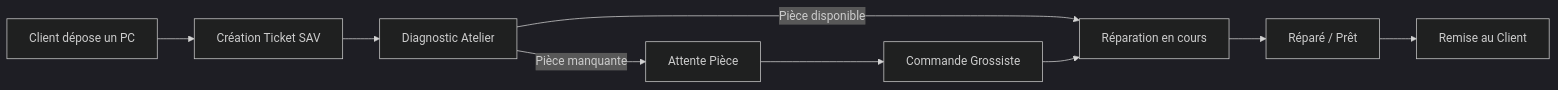
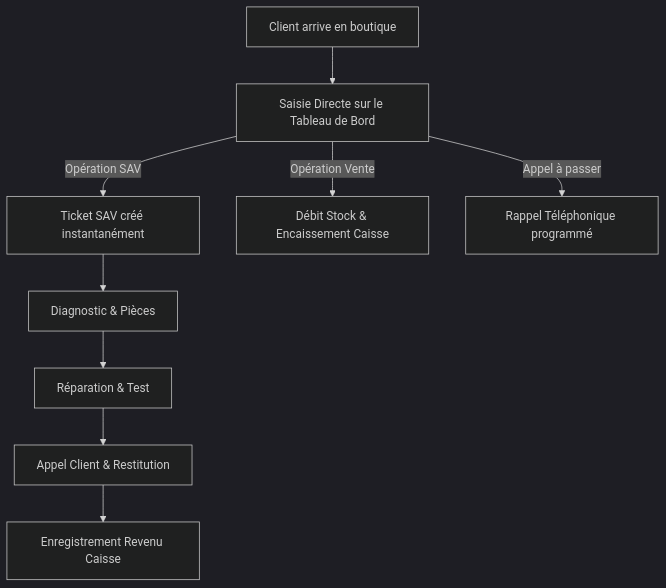
One commit to Benzarti-Ahmed-Yassine/stock-manager-pro changed the diagram in GUIDE_UTILISATION.md. Above: the diagram before and after it, drawn with Mermaid (dark theme). The commit also changed other lines of this file and 13 other files, not shown here.

Commit message:
feat: saisie directe dashboard, module finances, revendeurs, rappels d'appels, persistance fichier et multi-PC

````diff
--- a/GUIDE_UTILISATION.md
+++ b/GUIDE_UTILISATION.md
@@ -28,11 +35,11 @@
 ```mermaid
-flowchart LR
-    A["Client dépose un PC"] --> B["Création Ticket SAV"]
-    B --> C["Diagnostic Atelier"]
-    C -->|Pièce disponible| D["Réparation en cours"]
-    C -->|Pièce manquante| E["Attente Pièce"]
-    E --> F["Commande Grossiste"]
-    F --> D
-    D --> G["Réparé / Prêt"]
-    G --> H["Remise au Client"]
+flowchart TD
+    A["Client arrive en boutique"] --> B["Saisie Directe sur le Tableau de Bord"]
+    B -->|Opération SAV| C["Ticket SAV créé instantanément"]
+    B -->|Opération Vente| D["Débit Stock & Encaissement Caisse"]
+    B -->|Appel à passer| E["Rappel Téléphonique programmé"]
+    C --> F["Diagnostic & Pièces"]
+    F --> G["Réparation & Test"]
+    G --> H["Appel Client & Restitution"]
+    H --> I["Enregistrement Revenu Caisse"]
 ```
````
